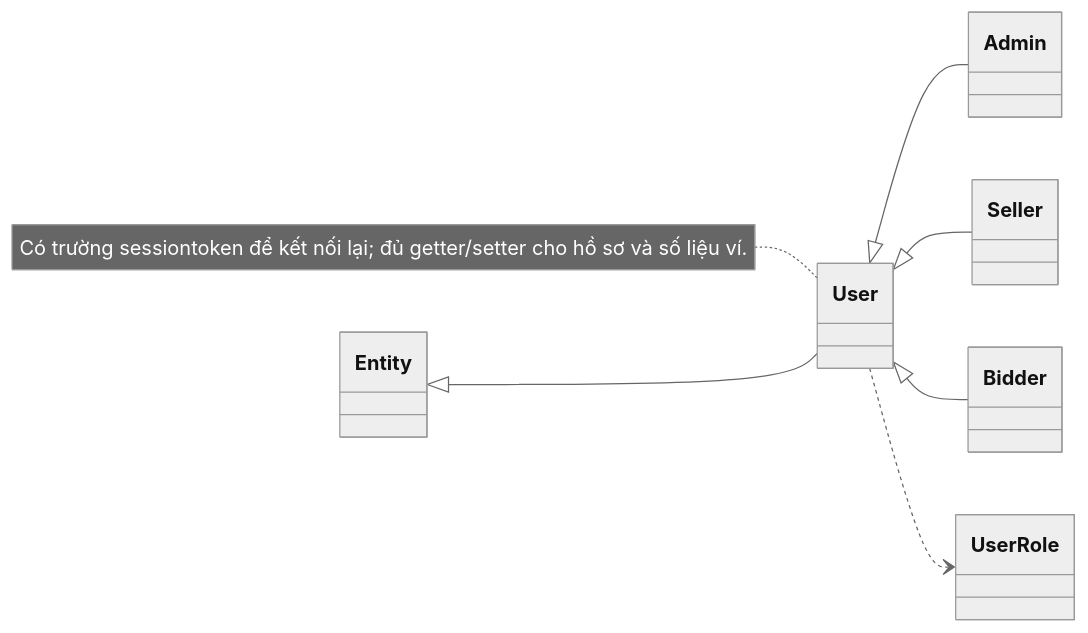
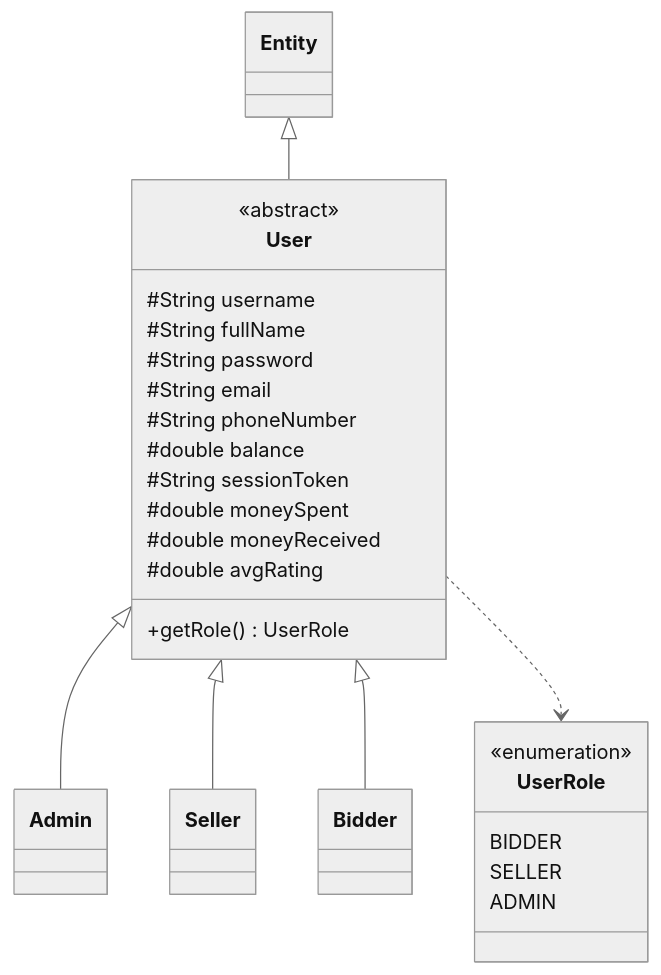
The fourth of 35 diagrams in Summary/project-uml.md (kduongnguyen150807/Auction_system_javafx), drawn with Mermaid (neutral theme) before and after one commit. The commit also changed other lines of this file, not shown here.

Commit message:
docs : new project-uml , updating to current project workflow

````diff
--- a/Summary/project-uml.md
+++ b/Summary/project-uml.md
@@ -101,10 +118,33 @@
 ```mermaid
 classDiagram
-direction LR
+direction TB
+class Entity
+class User {
+  <<abstract>>
+  #String username
+  #String fullName
+  #String password
+  #String email
+  #String phoneNumber
+  #double balance
+  #String sessionToken
+  #double moneySpent
+  #double moneyReceived
+  #double avgRating
+  +getRole() UserRole
+}
+class Admin
+class Seller
+class Bidder
+class UserRole {
+  <<enumeration>>
+  BIDDER
+  SELLER
+  ADMIN
+}
 Entity <|-- User
 User <|-- Admin
 User <|-- Seller
 User <|-- Bidder
 User ..> UserRole
-note for User "Có trường sessiontoken để kết nối lại; đủ getter/setter cho hồ sơ và số liệu ví."
 ```
````
